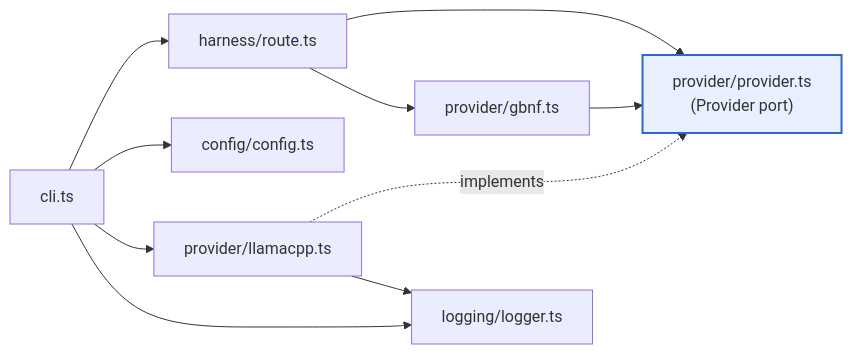
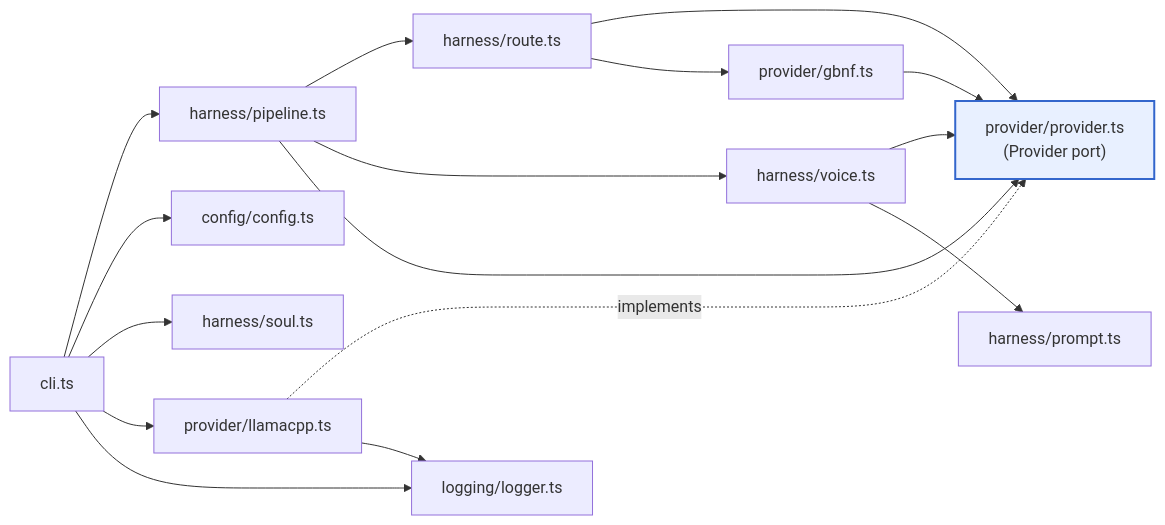
Before and after one commit to macro88/grugling: the second of 6 diagrams in docs/design/code-design.md, drawn with Mermaid. The commit also changed other lines of this file and 15 other files, not shown here.

````diff
--- a/docs/design/code-design.md
+++ b/docs/design/code-design.md
@@ -95,15 +104,21 @@
 ```mermaid
 flowchart LR
-  cli["cli.ts"] --> route["harness/route.ts"]
+  cli["cli.ts"] --> pipeline["harness/pipeline.ts"]
   cli --> config["config/config.ts"]
+  cli --> soul["harness/soul.ts"]
   cli --> llamacpp["provider/llamacpp.ts"]
   cli --> logger["logging/logger.ts"]
-  route --> port["provider/provider.ts<br/>(Provider port)"]
+  pipeline --> route["harness/route.ts"]
+  pipeline --> voice["harness/voice.ts"]
+  pipeline --> port["provider/provider.ts<br/>(Provider port)"]
+  route --> port
   route --> gbnf["provider/gbnf.ts"]
+  voice --> port
+  voice --> prompt["harness/prompt.ts"]
   llamacpp -.implements.-> port
   llamacpp --> logger
   gbnf --> port
 
   classDef portStyle fill:#e8f0ff,stroke:#3366cc,stroke-width:2px;
   class port portStyle;
 ```
````
